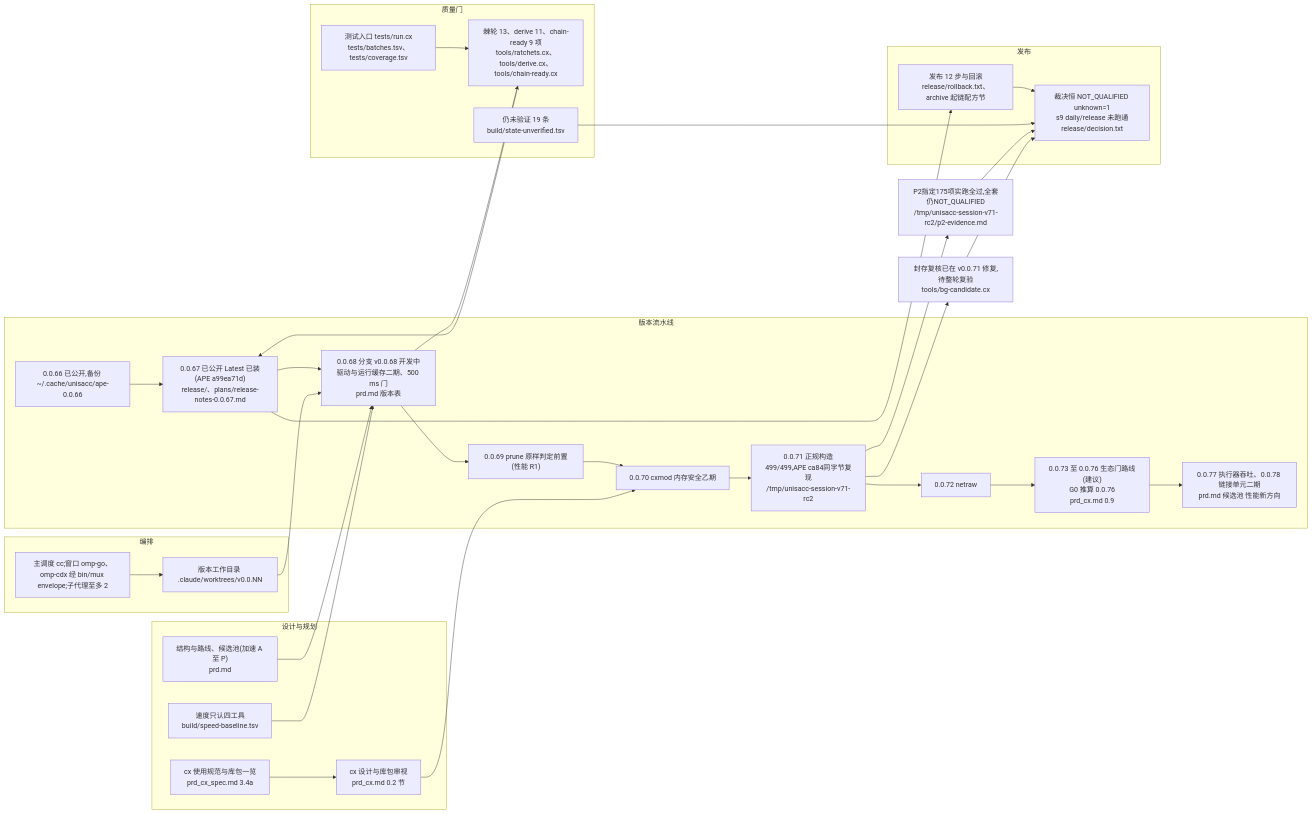
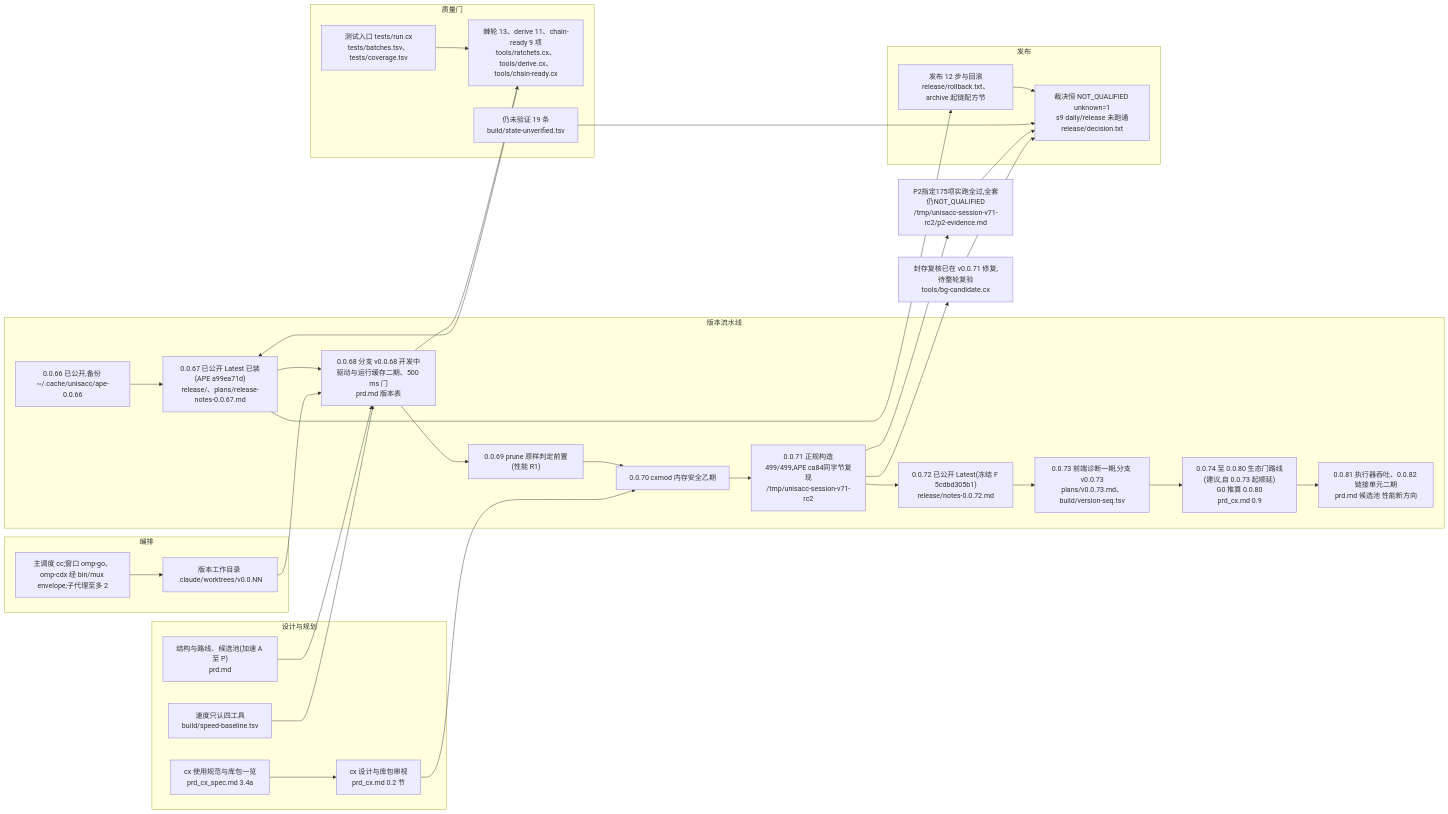
One commit to partnernetsoftware/unisacc changed the diagram in prd_mempalace.md. Above: the diagram before and after it, drawn with Mermaid. The commit also changed 2 other files, not shown here.

Commit message:
v0.0.73 版本槽准备(分支首个提交):release/candidate.tsv 写目标版本行 0.0.73(tag 与 workflow_ref v0.0.73,commit 暂绑分支基点 316830b86d,ci_run_id 0、六件摘要全零,沿 v0.0.71 2044f903fd 口径;冻结时由 release-run --pack 回填),使整链打包注入 0.0.73 而非 0.0.71(补 FREEZE-VERSION-SLOT-PREP)。build/version-seq.tsv:0.0.71、0.0.72 改已公开,新增 0.0.73 前端诊断一期,其后各槽顺延(R2 由 0.0.72 顺延 0.0.74,生态门路线 0.0.74 -> 0.0.80);check-state-gen 8/8 通过。prd_mempalace.md 地图同步。

````diff
--- a/prd_mempalace.md
+++ b/prd_mempalace.md
@@ -15,48 +15,49 @@
 ```mermaid
 flowchart LR
   subgraph 版本流水线
     V66["0.0.66 已公开,备份 ~/.cache/unisacc/ape-0.0.66"]
     V67["0.0.67 已公开 Latest 已装(APE a99ea71d)<br/>release/、plans/release-notes-0.0.67.md"]
     V68["0.0.68 分支 v0.0.68 开发中<br/>驱动与运行缓存二期、500 ms 门<br/>prd.md 版本表"]
     V69["0.0.69 prune 原样判定前置(性能 R1)"]
     V70["0.0.70 cxmod 内存安全乙期"]
     V71["0.0.71 正规构造499/499,APE ca84同字节复现<br/>/tmp/unisacc-session-v71-rc2"]
-    V72["0.0.72 netraw"]
-    ECO["0.0.73 至 0.0.76 生态门路线(建议)<br/>G0 推算 0.0.76<br/>prd_cx.md 0.9"]
-    PERF["0.0.77 执行器吞吐、0.0.78 链接单元二期<br/>prd.md 候选池 性能新方向"]
-    V66 --> V67 --> V68 --> V69 --> V70 --> V71 --> V72 --> ECO --> PERF
+    V72["0.0.72 已公开 Latest(冻结 F 5cdbd305b1)<br/>release/notes-0.0.72.md"]
+    V73["0.0.73 前端诊断一期,分支 v0.0.73<br/>plans/v0.0.73.md、build/version-seq.tsv"]
+    ECO["0.0.74 至 0.0.80 生态门路线(建议,自 0.0.73 起顺延)<br/>G0 推算 0.0.80<br/>prd_cx.md 0.9"]
+    PERF["0.0.81 执行器吞吐、0.0.82 链接单元二期<br/>prd.md 候选池 性能新方向"]
+    V66 --> V67 --> V68 --> V69 --> V70 --> V71 --> V72 --> V73 --> ECO --> PERF
   end
   subgraph 发布
     REL["发布 12 步与回滚<br/>release/rollback.txt、archive 起链配方节"]
     Q["裁决恒 NOT_QUALIFIED unknown=1<br/>s9 daily/release 未跑通<br/>release/decision.txt"]
   end
   subgraph 质量门
     GATE["棘轮 13、derive 11、chain-ready 9 项<br/>tools/ratchets.cx、tools/derive.cx、tools/chain-ready.cx"]
     TEST["测试入口 tests/run.cx<br/>tests/batches.tsv、tests/coverage.tsv"]
     UV["仍未验证 19 条<br/>build/state-unverified.tsv"]
   end
   subgraph 设计与规划
     PRD["结构与路线、候选池(加速 A 至 P)<br/>prd.md"]
     CX["cx 设计与库包审视<br/>prd_cx.md 0.2 节"]
     SPEC["cx 使用规范与库包一览<br/>prd_cx_spec.md 3.4a"]
     SPEED["速度只认四工具<br/>build/speed-baseline.tsv"]
   end
   subgraph 编排
     ORCH["主调度 cc;窗口 omp-go、omp-cdx 经 bin/mux envelope;子代理至多 2"]
     WT["版本工作目录 .claude/worktrees/v0.0.NN"]
   end
   V67 --> REL --> Q
   V68 --> GATE
   GATE --> V67
   TEST --> GATE
   UV --> Q
   PRD --> V68
   CX --> V70
   SPEC --> CX
   SPEED --> V68
   ORCH --> WT --> V68
   T71["P2指定175项实跑全过,全套仍NOT_QUALIFIED<br/>/tmp/unisacc-session-v71-rc2/p2-evidence.md"]
   S71["封存复核已在 v0.0.71 修复,待整轮复验<br/>tools/bg-candidate.cx"]
   V71 --> T71 --> Q
   V71 --> S71 --> Q
 ```
````
